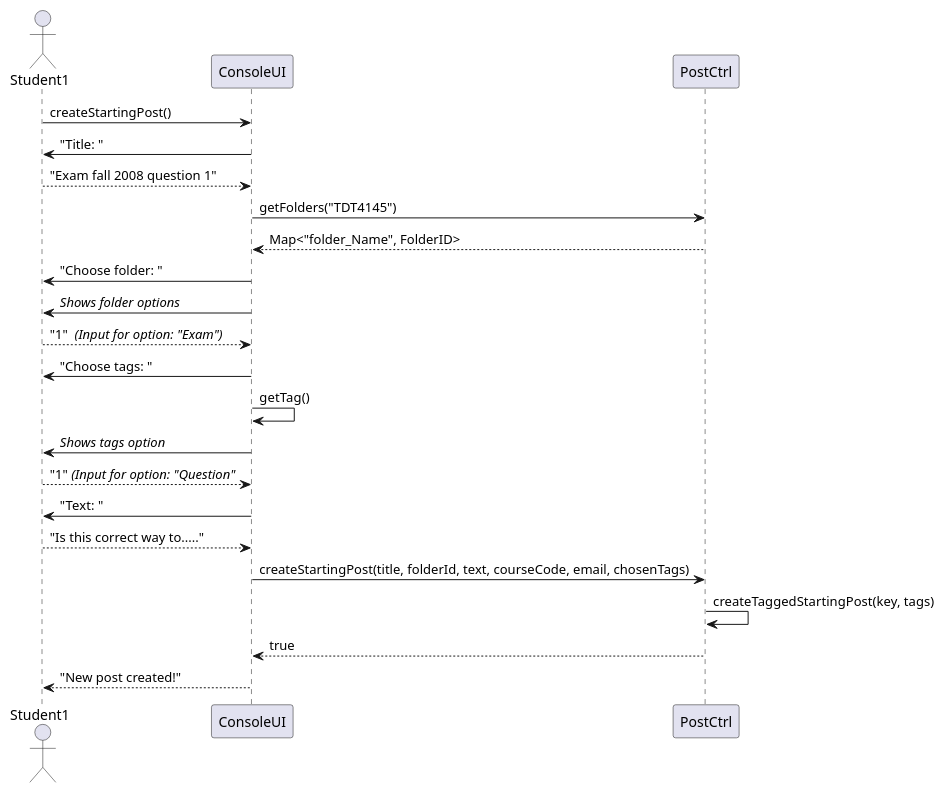
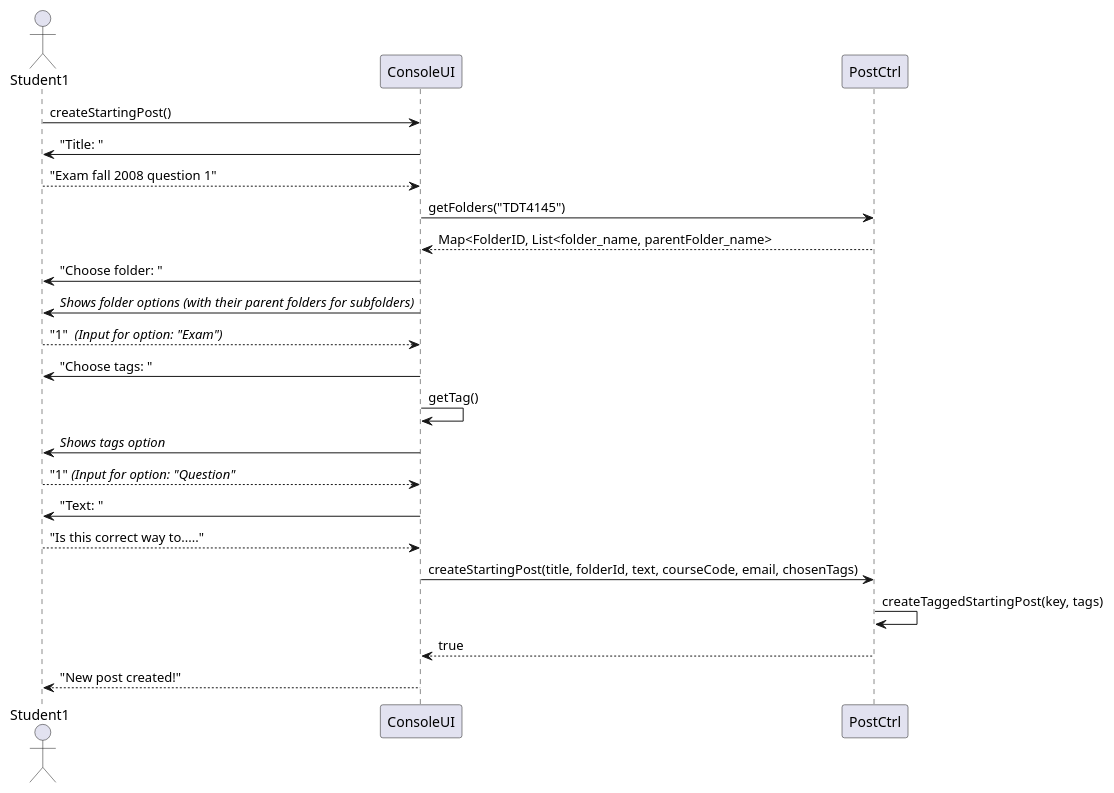
Before and after one commit to kavusiks/ForumDatabase: the diagram in Piazza/src/Documentations/UC2TaggedPostInFolder_SequenceDiagram.puml, drawn with PlantUML. The commit also changed 3 other files, not shown here.

```diff
--- a/Piazza/src/Documentations/UC2TaggedPostInFolder_SequenceDiagram.puml
+++ b/Piazza/src/Documentations/UC2TaggedPostInFolder_SequenceDiagram.puml
@@ -1,21 +1,21 @@
 @startuml
 actor Student1
 Student1 -> ConsoleUI: createStartingPost()
 ConsoleUI -> Student1: "Title: "
 Student1 --> ConsoleUI: "Exam fall 2008 question 1"
 ConsoleUI -> PostCtrl: getFolders("TDT4145")
-PostCtrl --> ConsoleUI: Map<"folder_Name", FolderID>
+PostCtrl --> ConsoleUI: Map<FolderID, List<folder_name, parentFolder_name>
 ConsoleUI -> Student1: "Choose folder: "
-ConsoleUI -> Student1: //Shows folder options//
+ConsoleUI -> Student1: //Shows folder options (with their parent folders for subfolders)//
 Student1 --> ConsoleUI: "1"  //(Input for option: "Exam")//
 ConsoleUI -> Student1: "Choose tags: "
 ConsoleUI -> ConsoleUI: getTag()
 ConsoleUI -> Student1: //Shows tags option//
 Student1 --> ConsoleUI: "1" //(Input for option: "Question"//
 ConsoleUI -> Student1: "Text: "
 Student1 --> ConsoleUI: "Is this correct way to....."
 ConsoleUI -> PostCtrl: createStartingPost(title, folderId, text, courseCode, email, chosenTags)
 PostCtrl -> PostCtrl: createTaggedStartingPost(key, tags)
 PostCtrl --> ConsoleUI: true
 ConsoleUI --> Student1: "New post created!"
 @enduml
```
